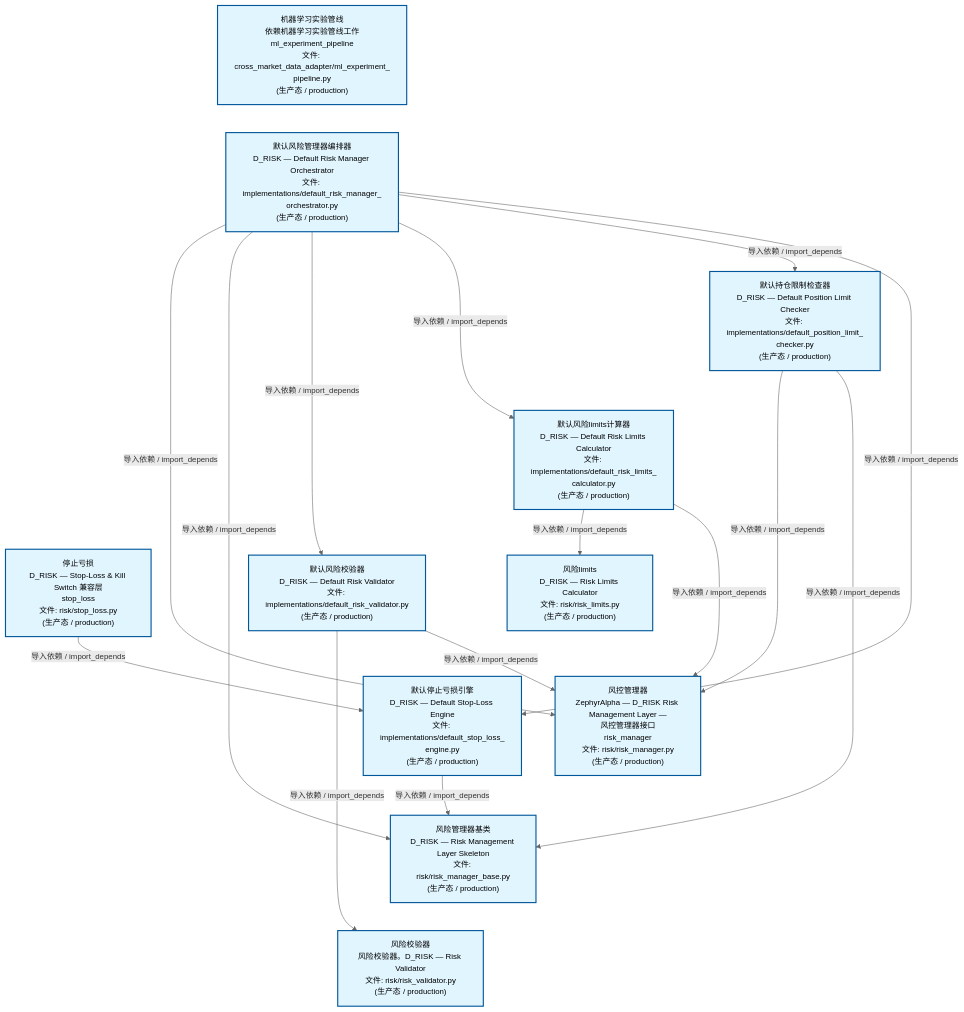
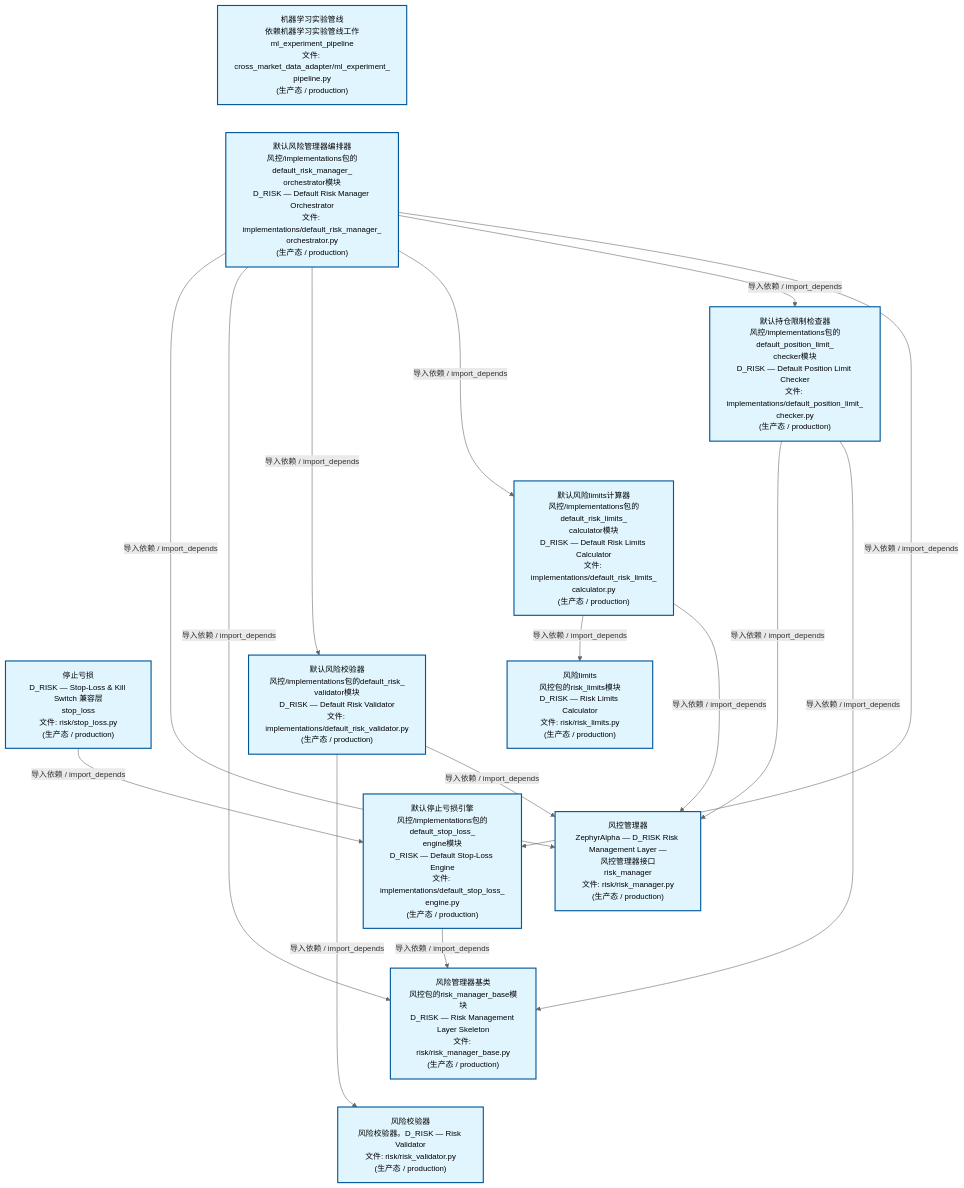
The second of 4 diagrams in docs/02_enterprise_architecture/02_domain_architecture_docs/65_d_risk.md (xuanFelixVan/ZephyrAlpha), drawn with Mermaid before and after one commit. The commit also changed other lines of this file and 15 other files, not shown here.

````diff
--- a/docs/02_enterprise_architecture/02_domain_architecture_docs/65_d_risk.md
+++ b/docs/02_enterprise_architecture/02_domain_architecture_docs/65_d_risk.md
@@ -136,42 +136,42 @@
 ```mermaid
 %%{init: {'theme': 'base', 'themeVariables': {'primaryColor': '#eaeaea', 'primaryTextColor': '#333333', 'primaryBorderColor': '#666666', 'lineColor': '#666666', 'secondaryColor': '#eaeaea', 'tertiaryColor': '#eaeaea', 'fontSize': '14px'}}}%%
 flowchart TD
     src_zephyr_risk_cross_asset_cross_market_data_adapter_ml_experiment_pipeline_py["机器学习实验管线<br/>依赖机器学习实验管线工作<br/>ml_experiment_pipeline<br/>文件: cross_market_data_adapter/ml_experiment_<br/>pipeline.py<br/>(生产态 / production)"]
-    src_zephyr_risk_implementations_default_risk_manager_orchestrator_py["默认风险管理器编排器<br/>D_RISK — Default Risk Manager Orchestrator<br/>文件: implementations/default_risk_manager_<br/>orchestrator.py<br/>(生产态 / production)"]
+    src_zephyr_risk_implementations_default_risk_manager_orchestrator_py["默认风险管理器编排器<br/>风控/implementations包的default_risk_manager_<br/>orchestrator模块<br/>D_RISK — Default Risk Manager Orchestrator<br/>文件: implementations/default_risk_manager_<br/>orchestrator.py<br/>(生产态 / production)"]
     src_zephyr_risk_stop_loss_py["停止亏损<br/>D_RISK — Stop-Loss & Kill Switch 兼容层<br/>stop_loss<br/>文件: risk/stop_loss.py<br/>(生产态 / production)"]
     src_zephyr_risk_cross_asset_cross_market_data_adapter_ml_experiment_pipeline_py ~~~ src_zephyr_risk_implementations_default_risk_manager_orchestrator_py
     src_zephyr_risk_implementations_default_risk_manager_orchestrator_py ~~~ src_zephyr_risk_stop_loss_py
-    src_zephyr_risk_implementations_default_position_limit_checker_py["默认持仓限制检查器<br/>D_RISK — Default Position Limit Checker<br/>文件: implementations/default_position_limit_<br/>checker.py<br/>(生产态 / production)"]
-    src_zephyr_risk_implementations_default_risk_limits_calculator_py["默认风险limits计算器<br/>D_RISK — Default Risk Limits Calculator<br/>文件: implementations/default_risk_limits_<br/>calculator.py<br/>(生产态 / production)"]
-    src_zephyr_risk_implementations_default_risk_validator_py["默认风险校验器<br/>D_RISK — Default Risk Validator<br/>文件: implementations/default_risk_validator.py<br/>(生产态 / production)"]
-    src_zephyr_risk_implementations_default_stop_loss_engine_py["默认停止亏损引擎<br/>D_RISK — Default Stop-Loss Engine<br/>文件: implementations/default_stop_loss_<br/>engine.py<br/>(生产态 / production)"]
+    src_zephyr_risk_implementations_default_position_limit_checker_py["默认持仓限制检查器<br/>风控/implementations包的default_position_limit_<br/>checker模块<br/>D_RISK — Default Position Limit Checker<br/>文件: implementations/default_position_limit_<br/>checker.py<br/>(生产态 / production)"]
+    src_zephyr_risk_implementations_default_risk_limits_calculator_py["默认风险limits计算器<br/>风控/implementations包的default_risk_limits_<br/>calculator模块<br/>D_RISK — Default Risk Limits Calculator<br/>文件: implementations/default_risk_limits_<br/>calculator.py<br/>(生产态 / production)"]
+    src_zephyr_risk_implementations_default_risk_validator_py["默认风险校验器<br/>风控/implementations包的default_risk_<br/>validator模块<br/>D_RISK — Default Risk Validator<br/>文件: implementations/default_risk_validator.py<br/>(生产态 / production)"]
+    src_zephyr_risk_implementations_default_stop_loss_engine_py["默认停止亏损引擎<br/>风控/implementations包的default_stop_loss_<br/>engine模块<br/>D_RISK — Default Stop-Loss Engine<br/>文件: implementations/default_stop_loss_<br/>engine.py<br/>(生产态 / production)"]
     src_zephyr_risk_implementations_default_position_limit_checker_py ~~~ src_zephyr_risk_implementations_default_risk_limits_calculator_py
     src_zephyr_risk_implementations_default_risk_limits_calculator_py ~~~ src_zephyr_risk_implementations_default_risk_validator_py
     src_zephyr_risk_implementations_default_risk_validator_py ~~~ src_zephyr_risk_implementations_default_stop_loss_engine_py
-    src_zephyr_risk_risk_limits_py["风险limits<br/>D_RISK — Risk Limits Calculator<br/>文件: risk/risk_limits.py<br/>(生产态 / production)"]
+    src_zephyr_risk_risk_limits_py["风险limits<br/>风控包的risk_limits模块<br/>D_RISK — Risk Limits Calculator<br/>文件: risk/risk_limits.py<br/>(生产态 / production)"]
     src_zephyr_risk_risk_manager_py["风控管理器<br/>ZephyrAlpha — D_RISK Risk Management Layer —<br/>风控管理器接口<br/>risk_manager<br/>文件: risk/risk_manager.py<br/>(生产态 / production)"]
-    src_zephyr_risk_risk_manager_base_py["风险管理器基类<br/>D_RISK — Risk Management Layer Skeleton<br/>文件: risk/risk_manager_base.py<br/>(生产态 / production)"]
+    src_zephyr_risk_risk_manager_base_py["风险管理器基类<br/>风控包的risk_manager_base模块<br/>D_RISK — Risk Management Layer Skeleton<br/>文件: risk/risk_manager_base.py<br/>(生产态 / production)"]
     src_zephyr_risk_risk_validator_py["风险校验器<br/>风险校验器。D_RISK — Risk Validator<br/>文件: risk/risk_validator.py<br/>(生产态 / production)"]
     src_zephyr_risk_risk_limits_py ~~~ src_zephyr_risk_risk_manager_py
     src_zephyr_risk_risk_manager_py ~~~ src_zephyr_risk_risk_manager_base_py
     src_zephyr_risk_risk_manager_base_py ~~~ src_zephyr_risk_risk_validator_py
     src_zephyr_risk_stop_loss_py -->|导入依赖 / import_depends| src_zephyr_risk_implementations_default_stop_loss_engine_py
     src_zephyr_risk_implementations_default_risk_validator_py -->|导入依赖 / import_depends| src_zephyr_risk_risk_validator_py
     src_zephyr_risk_implementations_default_risk_validator_py -->|导入依赖 / import_depends| src_zephyr_risk_risk_manager_py
     src_zephyr_risk_implementations_default_risk_limits_calculator_py -->|导入依赖 / import_depends| src_zephyr_risk_risk_limits_py
     src_zephyr_risk_implementations_default_risk_limits_calculator_py -->|导入依赖 / import_depends| src_zephyr_risk_risk_manager_py
     src_zephyr_risk_implementations_default_risk_manager_orchestrator_py -->|导入依赖 / import_depends| src_zephyr_risk_risk_manager_py
     src_zephyr_risk_implementations_default_risk_manager_orchestrator_py -->|导入依赖 / import_depends| src_zephyr_risk_risk_manager_base_py
     src_zephyr_risk_implementations_default_risk_manager_orchestrator_py -->|导入依赖 / import_depends| src_zephyr_risk_implementations_default_risk_validator_py
     src_zephyr_risk_implementations_default_risk_manager_orchestrator_py -->|导入依赖 / import_depends| src_zephyr_risk_implementations_default_risk_limits_calculator_py
     src_zephyr_risk_implementations_default_risk_manager_orchestrator_py -->|导入依赖 / import_depends| src_zephyr_risk_implementations_default_position_limit_checker_py
     src_zephyr_risk_implementations_default_risk_manager_orchestrator_py -->|导入依赖 / import_depends| src_zephyr_risk_implementations_default_stop_loss_engine_py
     src_zephyr_risk_implementations_default_position_limit_checker_py -->|导入依赖 / import_depends| src_zephyr_risk_risk_manager_py
     src_zephyr_risk_implementations_default_position_limit_checker_py -->|导入依赖 / import_depends| src_zephyr_risk_risk_manager_base_py
     src_zephyr_risk_implementations_default_stop_loss_engine_py -->|导入依赖 / import_depends| src_zephyr_risk_risk_manager_base_py
     classDef production fill:#e1f5fe,stroke:#01579b,stroke-width:2px,color:#000
     classDef design fill:#fff3e0,stroke:#e65100,stroke-width:2px,color:#000,stroke-dasharray: 5 5
     classDef external_prod fill:#e8f4fd,stroke:#0277bd,stroke-width:1px,color:#000
     classDef external_design fill:#fff8e7,stroke:#ef6c00,stroke-width:1px,color:#000,stroke-dasharray: 5 5
     class src_zephyr_risk_cross_asset_cross_market_data_adapter_ml_experiment_pipeline_py,src_zephyr_risk_implementations_default_position_limit_checker_py,src_zephyr_risk_implementations_default_risk_limits_calculator_py,src_zephyr_risk_implementations_default_risk_manager_orchestrator_py,src_zephyr_risk_implementations_default_risk_validator_py,src_zephyr_risk_implementations_default_stop_loss_engine_py,src_zephyr_risk_risk_limits_py,src_zephyr_risk_risk_manager_py,src_zephyr_risk_risk_manager_base_py,src_zephyr_risk_risk_validator_py,src_zephyr_risk_stop_loss_py production
 ```
````
